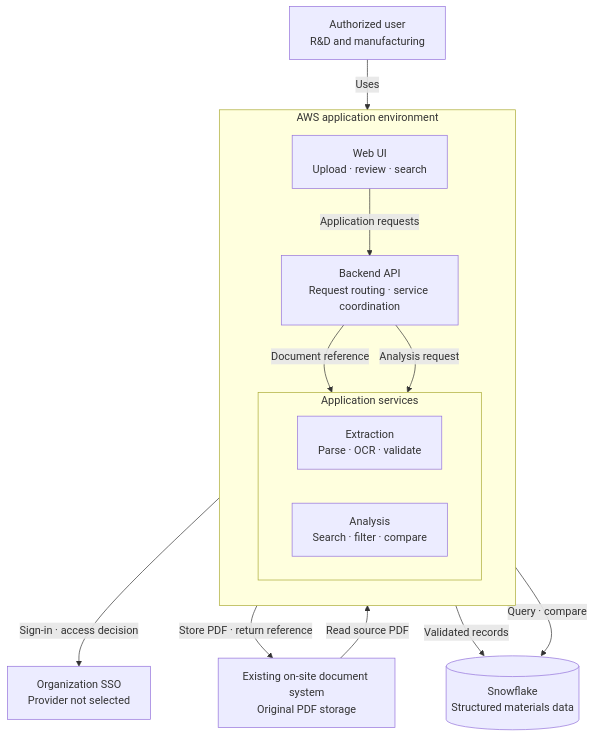
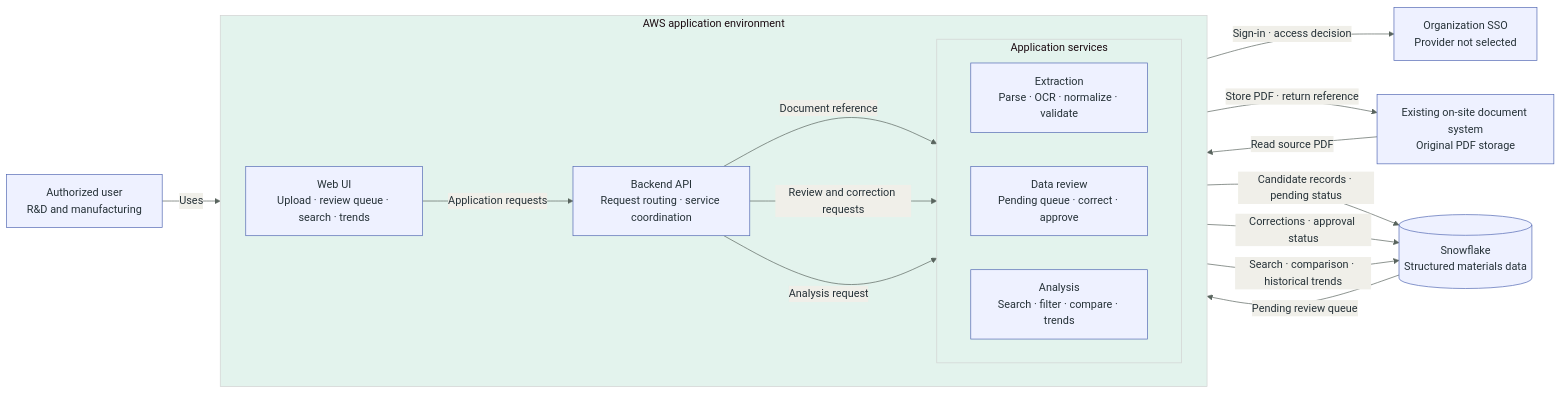
Before and after one commit to CPSC490-Team-Proj/CPSC490-G07-MightyMorphin: the diagram in docs/design/system-architecture-diagram.md, drawn with Mermaid. The commit also changed other lines of this file and 1 other file, not shown here.

Commit message:
Address architecture diagram review feedback

````diff
--- a/docs/design/system-architecture-diagram.md
+++ b/docs/design/system-architecture-diagram.md
@@ -7,29 +8,34 @@
 ```mermaid
-flowchart TB
+%%{init: {"theme": "base", "themeVariables": {"background": "#ffffff", "primaryColor": "#eef1ff", "primaryTextColor": "#263238", "primaryBorderColor": "#5268b3", "lineColor": "#59645e", "secondaryColor": "#f0efe9", "tertiaryColor": "#e3f3ed"}}}%%
+flowchart LR
     user["Authorized user<br/>R&amp;D and manufacturing"]
 
     subgraph aws["AWS application environment"]
-        direction TB
-        ui["Web UI<br/>Upload · review · search"]
+        direction LR
+        ui["Web UI<br/>Upload · review queue · search · trends"]
         api["Backend API<br/>Request routing · service coordination"]
         subgraph services["Application services"]
             direction LR
-            extraction["Extraction<br/>Parse · OCR · validate"]
-            analysis["Analysis<br/>Search · filter · compare"]
+            extraction["Extraction<br/>Parse · OCR · normalize · validate"]
+            review["Data review<br/>Pending queue · correct · approve"]
+            analysis["Analysis<br/>Search · filter · compare · trends"]
         end
         ui -->|Application requests| api
         api -->|Document reference| extraction
+        api -->|Review and correction requests| review
         api -->|Analysis request| analysis
     end
 
     sso["Organization SSO<br/>Provider not selected"]
     onsite["Existing on-site document system<br/>Original PDF storage"]
     snowflake[("Snowflake<br/>Structured materials data")]
 
     user -->|Uses| ui
     ui -->|Sign-in · access decision| sso
     api -->|Store PDF · return reference| onsite
     onsite -->|Read source PDF| extraction
-    extraction -->|Validated records| snowflake
-    analysis -->|Query · compare| snowflake
+    extraction -->|Candidate records · pending status| snowflake
+    snowflake -->|Pending review queue| review
+    review -->|Corrections · approval status| snowflake
+    analysis -->|Search · comparison · historical trends| snowflake
 ```
````
